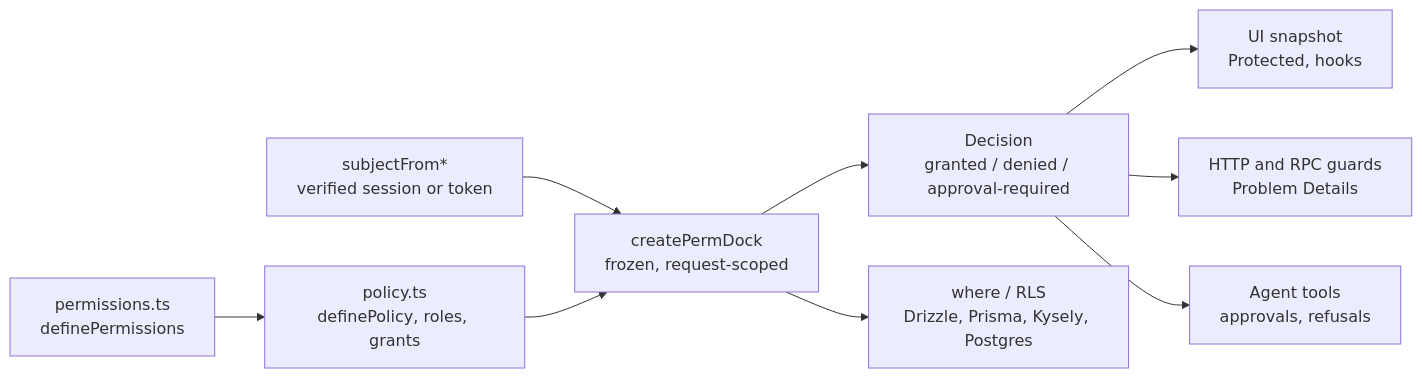
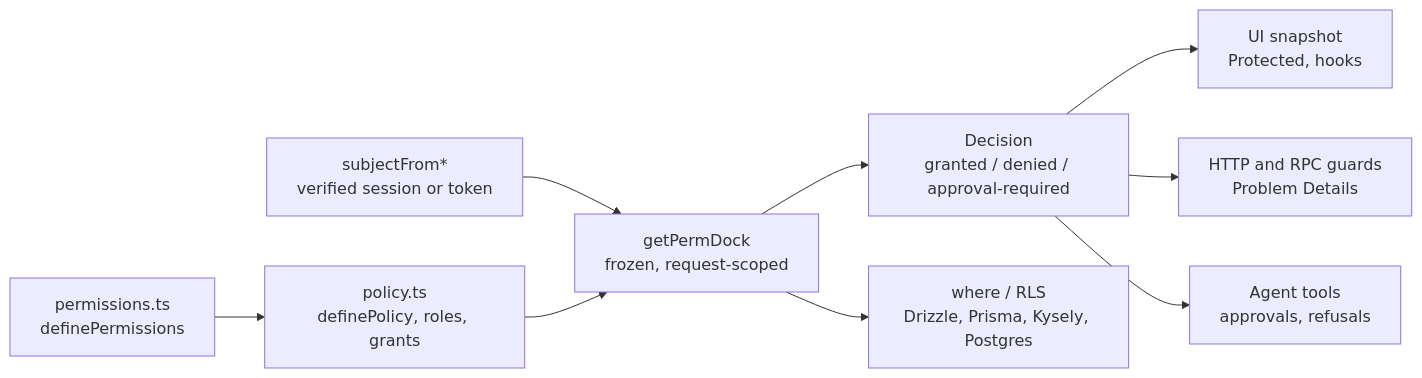
One commit to ScaleDockHQ/permdock changed the diagram in README.md. Above: the diagram before and after it, drawn with Mermaid. The commit also changed other lines of this file and 53 other files, not shown here.

Commit message:
docs: document getPermDock, getPermDockSync, requirePermission and prefetchRelations

````diff
--- a/README.md
+++ b/README.md
@@ -196,11 +196,11 @@
 ```mermaid
 flowchart LR
   defs["permissions.ts<br/>definePermissions"] --> policy["policy.ts<br/>definePolicy, roles, grants"]
   subject["subjectFrom*<br/>verified session or token"] --> instance
-  policy --> instance["createPermDock<br/>frozen, request-scoped"]
+  policy --> instance["getPermDock<br/>frozen, request-scoped"]
   instance --> decision["Decision<br/>granted / denied / approval-required"]
   decision --> ui["UI snapshot<br/>Protected, hooks"]
   decision --> http["HTTP and RPC guards<br/>Problem Details"]
   decision --> agents["Agent tools<br/>approvals, refusals"]
   instance --> where["where / RLS<br/>Drizzle, Prisma, Kysely, Postgres"]
 ```
````
